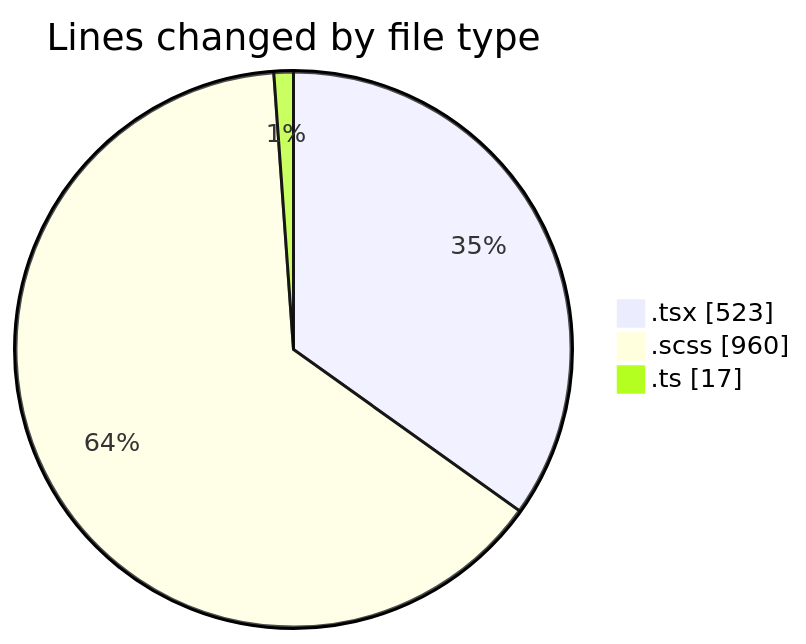
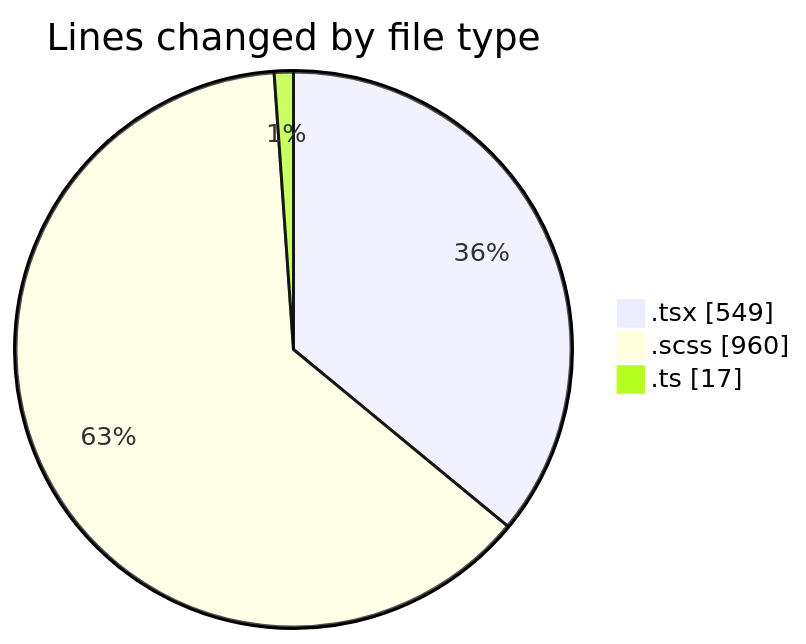
One commit to momahboobian/code-tracking changed the first of 2 diagrams in 2025-09-19/cda/README.md. Above: the diagram before and after it, drawn with Mermaid. The commit also changed other lines of this file and 1 other file, not shown here.

````diff
--- a/2025-09-19/cda/README.md
+++ b/2025-09-19/cda/README.md
@@ -23,7 +23,7 @@
 ```mermaid
 pie showData
 title Lines changed by file type
-".tsx" : 523
+".tsx" : 549
 ".scss" : 960
 ".ts" : 17
 ```
````
